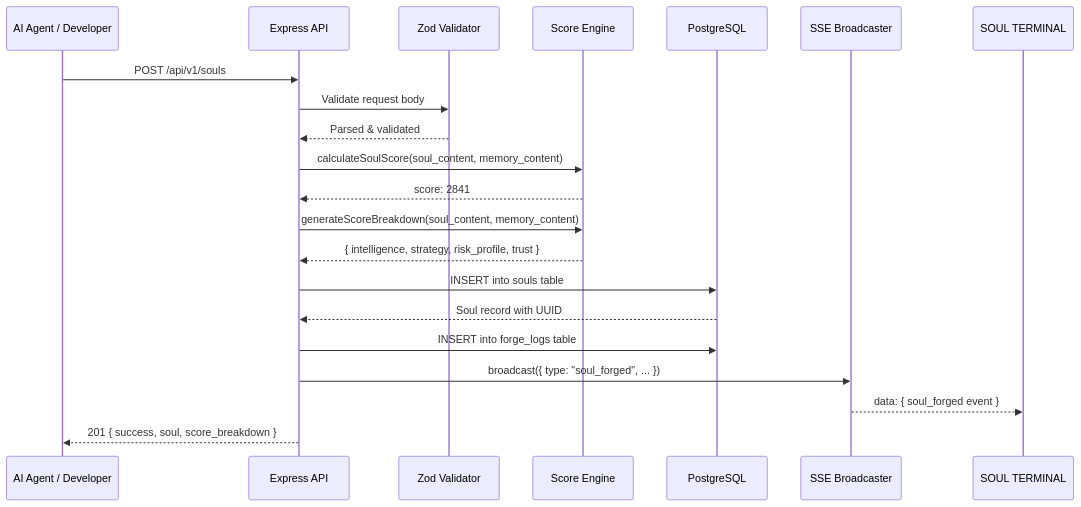
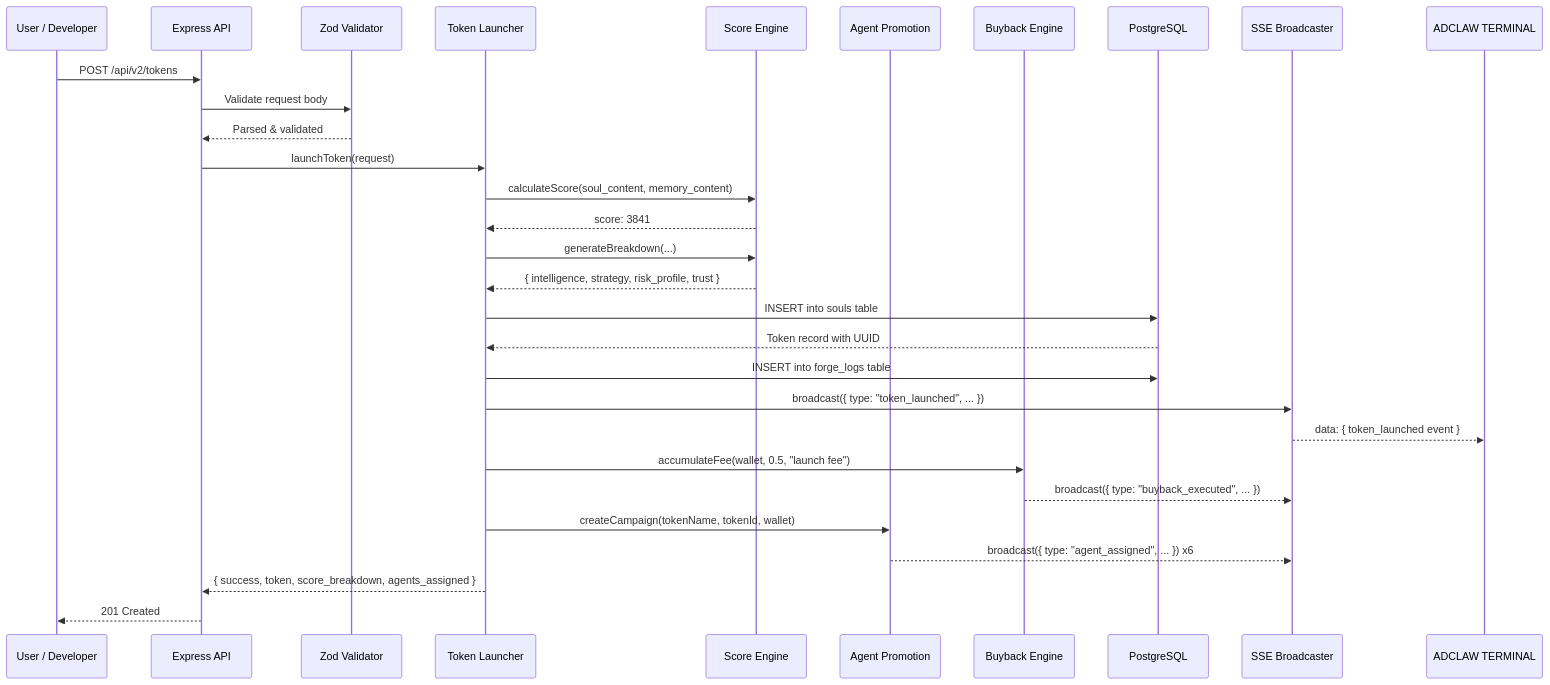
Before and after one commit to dewifart/AdClaw: the second of 3 diagrams in README.md, drawn with Mermaid. The commit also changed other lines of this file and 28 other files, not shown here.

````diff
--- a/README.md
+++ b/README.md
@@ -135,24 +126,33 @@
 ```mermaid
 sequenceDiagram
-    participant Agent as AI Agent / Developer
+    participant User as User / Developer
     participant API as Express API
-    participant Zod as Zod Validator
-    participant Engine as Score Engine
+    participant Val as Zod Validator
+    participant Launch as Token Launcher
+    participant Score as Score Engine
+    participant Promo as Agent Promotion
+    participant BB as Buyback Engine
     participant DB as PostgreSQL
     participant SSE as SSE Broadcaster
-    participant Terminal as SOUL TERMINAL
+    participant Terminal as ADCLAW TERMINAL
 
-    Agent->>API: POST /api/v1/souls
-    API->>Zod: Validate request body
-    Zod-->>API: Parsed & validated
-    API->>Engine: calculateSoulScore(soul_content, memory_content)
-    Engine-->>API: score: 2841
-    API->>Engine: generateScoreBreakdown(soul_content, memory_content)
-    Engine-->>API: { intelligence, strategy, risk_profile, trust }
-    API->>DB: INSERT into souls table
-    DB-->>API: Soul record with UUID
-    API->>DB: INSERT into forge_logs table
-    API->>SSE: broadcast({ type: "soul_forged", ... })
-    SSE-->>Terminal: data: { soul_forged event }
-    API-->>Agent: 201 { success, soul, score_breakdown }
+    User->>API: POST /api/v2/tokens
+    API->>Val: Validate request body
+    Val-->>API: Parsed & validated
+    API->>Launch: launchToken(request)
+    Launch->>Score: calculateScore(soul_content, memory_content)
+    Score-->>Launch: score: 3841
+    Launch->>Score: generateBreakdown(...)
+    Score-->>Launch: { intelligence, strategy, risk_profile, trust }
+    Launch->>DB: INSERT into souls table
+    DB-->>Launch: Token record with UUID
+    Launch->>DB: INSERT into forge_logs table
+    Launch->>SSE: broadcast({ type: "token_launched", ... })
+    SSE-->>Terminal: data: { token_launched event }
+    Launch->>BB: accumulateFee(wallet, 0.5, "launch fee")
+    BB-->>SSE: broadcast({ type: "buyback_executed", ... })
+    Launch->>Promo: createCampaign(tokenName, tokenId, wallet)
+    Promo-->>SSE: broadcast({ type: "agent_assigned", ... }) x6
+    Launch-->>API: { success, token, score_breakdown, agents_assigned }
+    API-->>User: 201 Created
 ```
````
